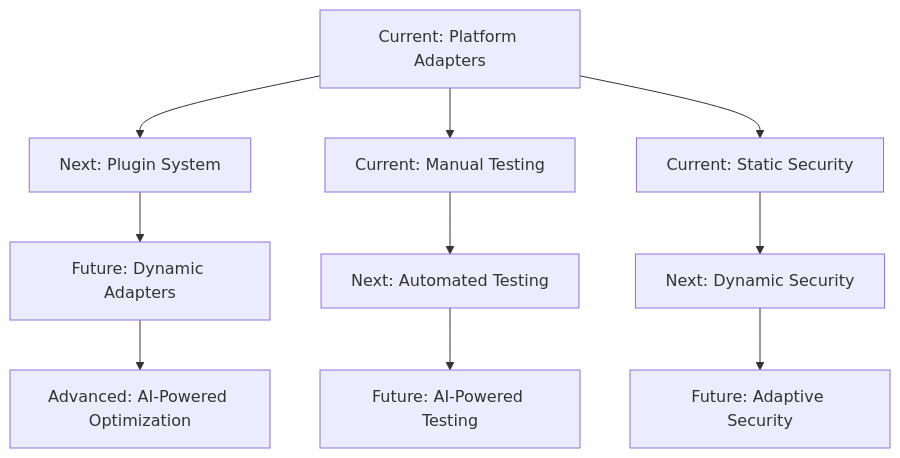
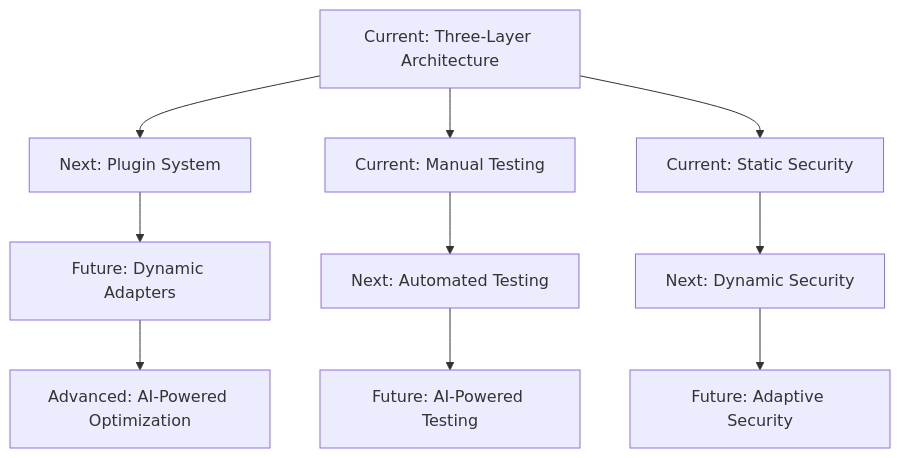
Before and after one commit to Bptmn/SimpliPass-Chrome-Extension: the fourth of 4 diagrams in ARCHITECTURE.md, drawn with Mermaid. The commit also changed other lines of this file and 355 other files, not shown here.

````diff
--- a/ARCHITECTURE.md
+++ b/ARCHITECTURE.md
@@ -519,12 +739,12 @@
 ```mermaid
 graph TD
-    A[Current: Platform Adapters] --> B[Next: Plugin System]
+    A[Current: Three-Layer Architecture] --> B[Next: Plugin System]
     B --> C[Future: Dynamic Adapters]
     C --> D[Advanced: AI-Powered Optimization]
     
     A --> E[Current: Manual Testing] --> F[Next: Automated Testing]
     F --> G[Future: AI-Powered Testing]
     
     A --> H[Current: Static Security] --> I[Next: Dynamic Security]
     I --> J[Future: Adaptive Security]
 ```
````
